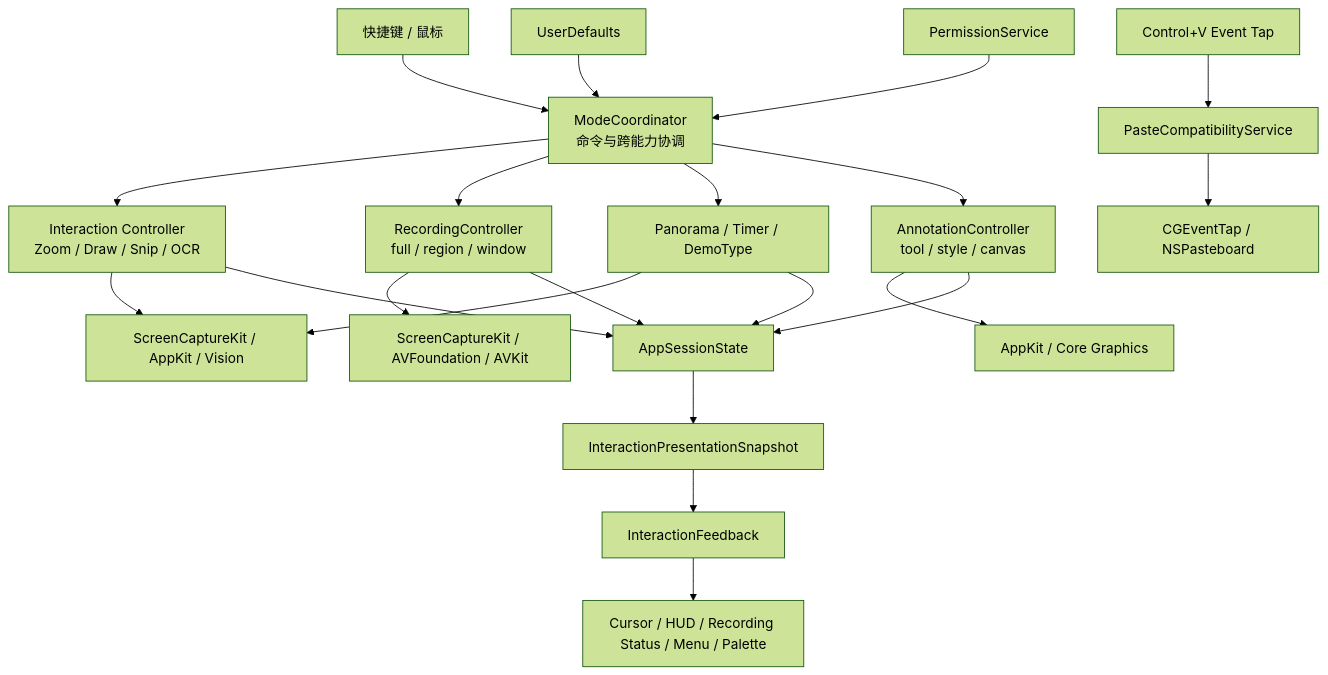
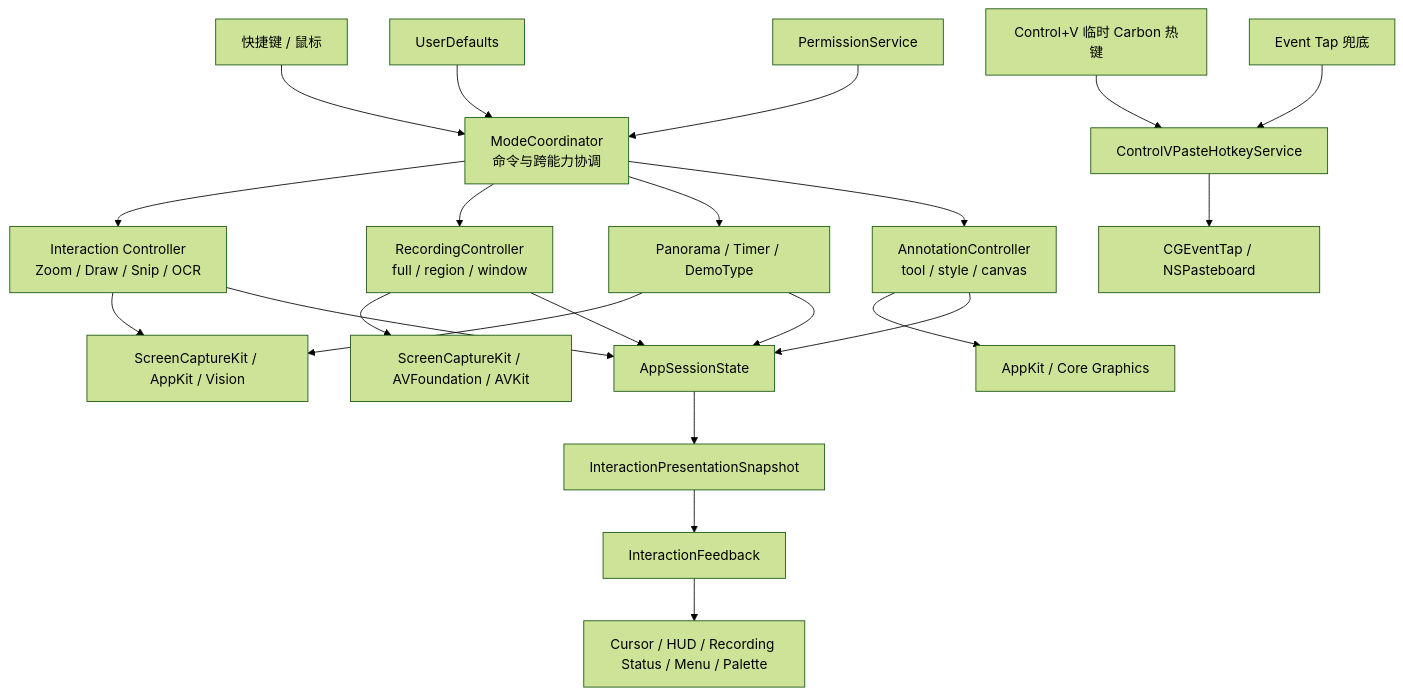
One commit to AdgaiWalker/Dorazoom changed the diagram in ARCHITECTURE.md. Above: the diagram before and after it, drawn with Mermaid (forest theme). The commit also changed other lines of this file and 22 other files, not shown here.

Commit message:
fix: stabilize permissions and Control+V paste

````diff
--- a/ARCHITECTURE.md
+++ b/ARCHITECTURE.md
@@ -28,27 +28,28 @@
 ```mermaid
 flowchart TD
     A["快捷键 / 鼠标"] --> B["ModeCoordinator<br/>命令与跨能力协调"]
-    V["Control+V Event Tap"] --> P["PasteCompatibilityService"]
+    V["Control+V 临时 Carbon 热键"] --> P["ControlVPasteHotkeyService"]
+    VF["Event Tap 兜底"] --> P
 
     B --> C["Interaction Controller<br/>Zoom / Draw / Snip / OCR"]
     B --> D["RecordingController<br/>full / region / window"]
     B --> E["Panorama / Timer / DemoType"]
     B --> F["AnnotationController<br/>tool / style / canvas"]
 
     C --> G["ScreenCaptureKit / AppKit / Vision"]
     D --> H["ScreenCaptureKit / AVFoundation / AVKit"]
     E --> G
     F --> I["AppKit / Core Graphics"]
     P --> J["CGEventTap / NSPasteboard"]
 
     C --> S["AppSessionState"]
     D --> S
     E --> S
     F --> S
     S --> R["InteractionPresentationSnapshot"]
     R --> K["InteractionFeedback"]
     K --> L["Cursor / HUD / Recording Status / Menu / Palette"]
 
     M["UserDefaults"] --> B
     N["PermissionService"] --> B
 ```
````
